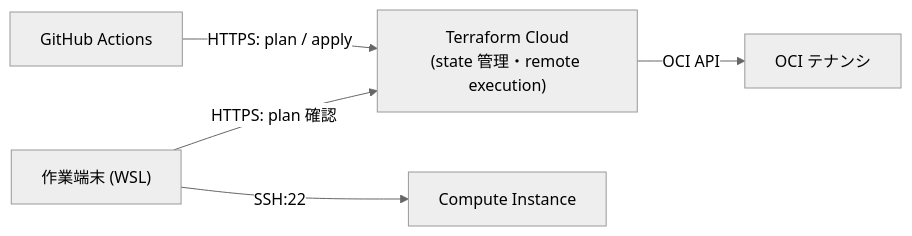
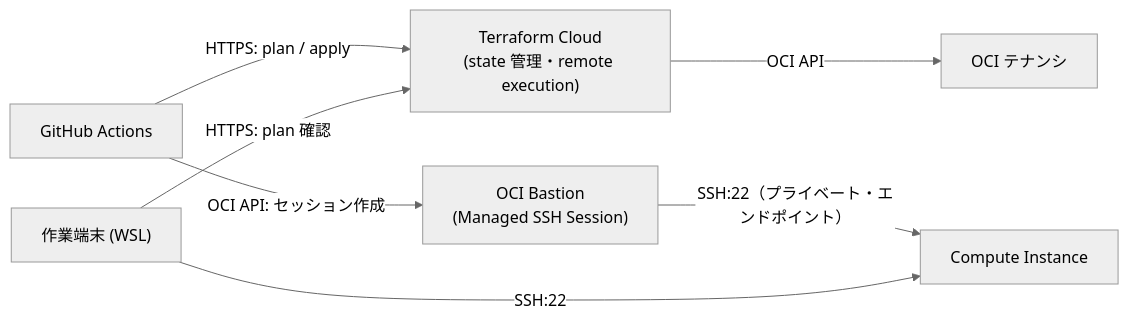
The first of 2 diagrams in docs/02.design/08.platform-control/8章_基本設計書_基盤制御.md (Seiya-Nakagawa/infra-oci), drawn with Mermaid (neutral theme) before and after one commit. The commit also changed other lines of this file and 10 other files, not shown here.

First line of the commit message:
feat: Ansible CI/CD 用に OCI Bastion と最小権限 IAM を追加 (#138)

````diff
--- a/docs/02.design/08.platform-control/8章_基本設計書_基盤制御.md
+++ b/docs/02.design/08.platform-control/8章_基本設計書_基盤制御.md
@@ -27,7 +30,9 @@
 ```mermaid
 graph LR
     GHA["GitHub Actions"] -->|HTTPS: plan / apply| TFC["Terraform Cloud<br/>(state 管理・remote execution)"]
     TFC -->|OCI API| OCI["OCI テナンシ"]
+    GHA -->|OCI API: セッション作成| BASTION["OCI Bastion<br/>(Managed SSH Session)"]
+    BASTION -->|SSH:22（プライベート・エンドポイント）| INST["Compute Instance"]
     OP["作業端末 (WSL)"] -->|HTTPS: plan 確認| TFC
-    OP -->|SSH:22| INST["Compute Instance"]
+    OP -->|SSH:22| INST
 ```
````
